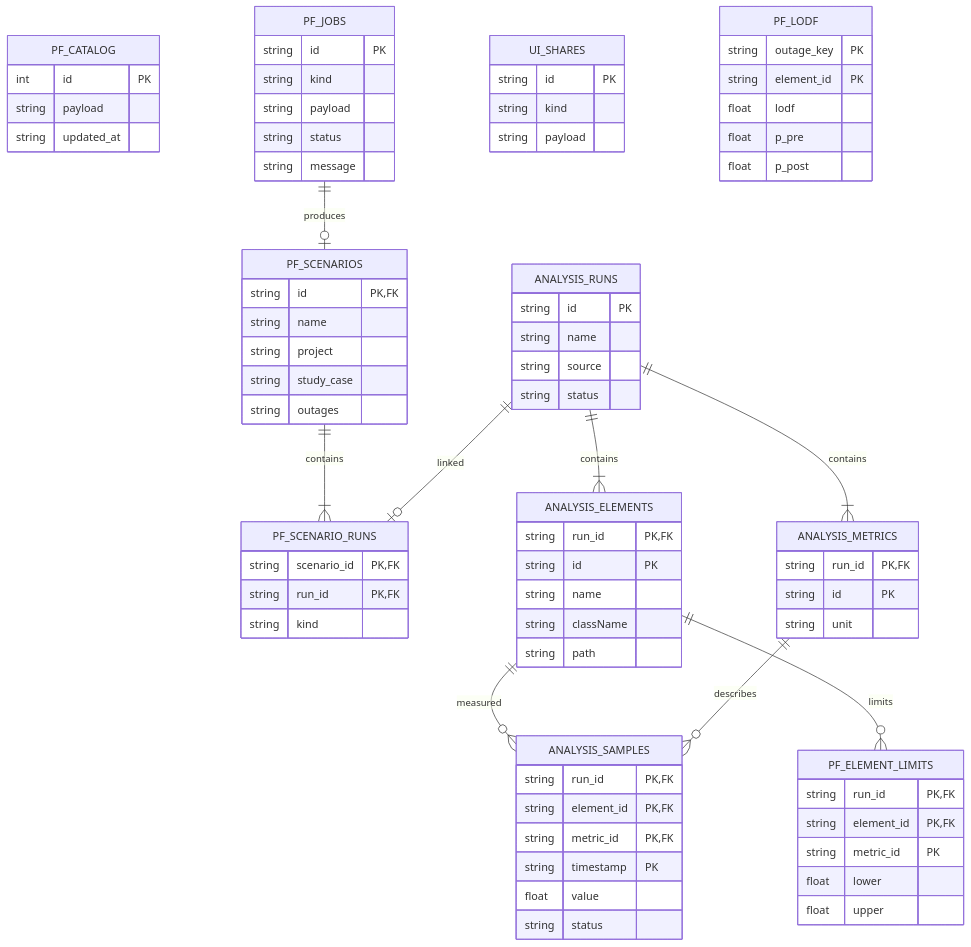
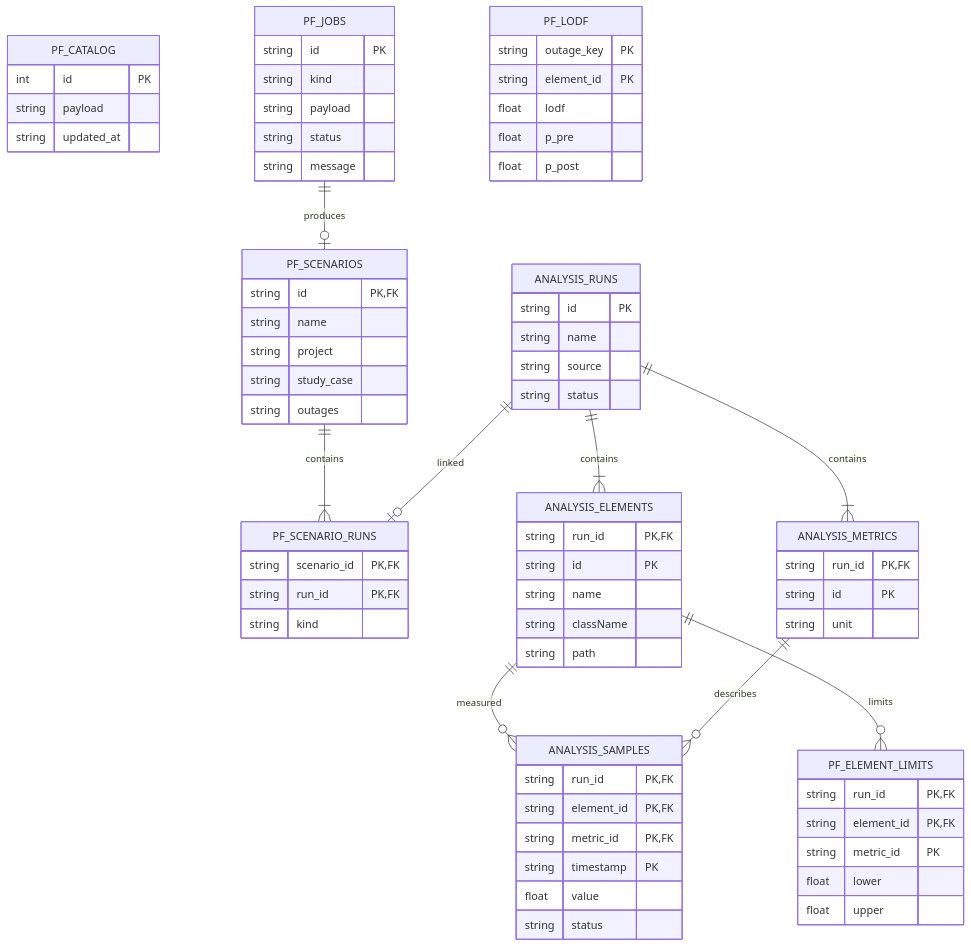
The fifth of 11 diagrams in BIG_PICTURE.md (hadiibrahim-Engin/nahriva-grid-analysis), drawn with Mermaid before and after one commit. The commit also changed other lines of this file and 186 other files, not shown here.

````diff
--- a/BIG_PICTURE.md
+++ b/BIG_PICTURE.md
@@ -145,80 +135,75 @@
 ```mermaid
 erDiagram
     PF_CATALOG {
         int id PK
         string payload
         string updated_at
     }
     PF_JOBS {
         string id PK
         string kind
         string payload
         string status
         string message
     }
     PF_SCENARIOS {
         string id PK,FK
         string name
         string project
         string study_case
         string outages
     }
     PF_SCENARIO_RUNS {
         string scenario_id PK,FK
         string run_id PK,FK
         string kind
     }
     ANALYSIS_RUNS {
         string id PK
         string name
         string source
         string status
     }
     ANALYSIS_ELEMENTS {
         string run_id PK,FK
         string id PK
         string name
         string className
         string path
     }
     ANALYSIS_METRICS {
         string run_id PK,FK
         string id PK
         string unit
     }
     ANALYSIS_SAMPLES {
         string run_id PK,FK
         string element_id PK,FK
         string metric_id PK,FK
         string timestamp PK
         float value
         string status
     }
     PF_ELEMENT_LIMITS {
         string run_id PK,FK
         string element_id PK,FK
         string metric_id PK
         float lower
         float upper
     }
-    UI_SHARES {
-        string id PK
-        string kind
-        string payload
-    }
     PF_LODF {
         string outage_key PK
         string element_id PK
         float lodf
         float p_pre
         float p_post
     }
     PF_JOBS ||--o| PF_SCENARIOS : produces
     PF_SCENARIOS ||--|{ PF_SCENARIO_RUNS : contains
     ANALYSIS_RUNS ||--o| PF_SCENARIO_RUNS : linked
     ANALYSIS_RUNS ||--|{ ANALYSIS_ELEMENTS : contains
     ANALYSIS_RUNS ||--|{ ANALYSIS_METRICS : contains
     ANALYSIS_ELEMENTS ||--o{ ANALYSIS_SAMPLES : measured
     ANALYSIS_METRICS ||--o{ ANALYSIS_SAMPLES : describes
     ANALYSIS_ELEMENTS ||--o{ PF_ELEMENT_LIMITS : limits
 ```
````
